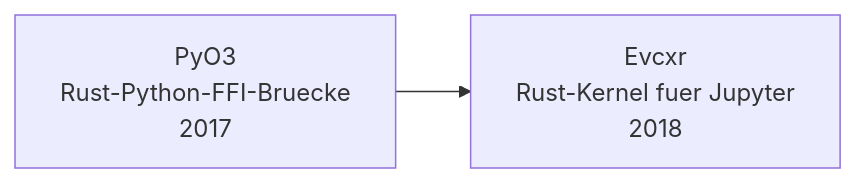
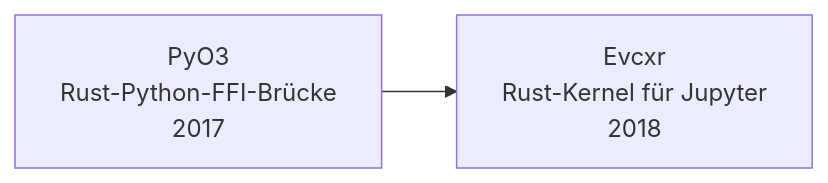
The diagram in docs/wissen/dokumentation/evolution-digitaler-rust-notebooks.md (thorstenkloehn/dokument), drawn with Mermaid before and after one commit. The commit also changed other lines of this file and 3 other files, not shown here.

````diff
--- a/docs/wissen/dokumentation/evolution-digitaler-rust-notebooks.md
+++ b/docs/wissen/dokumentation/evolution-digitaler-rust-notebooks.md
@@ -14,4 +14,4 @@
 ```mermaid
 graph LR
-    A["PyO3<br/>Rust-Python-FFI-Bruecke<br/>2017"] --> B["Evcxr<br/>Rust-Kernel fuer Jupyter<br/>2018"]
+    A["PyO3<br/>Rust-Python-FFI-Brücke<br/>2017"] --> B["Evcxr<br/>Rust-Kernel für Jupyter<br/>2018"]
 ```
````
